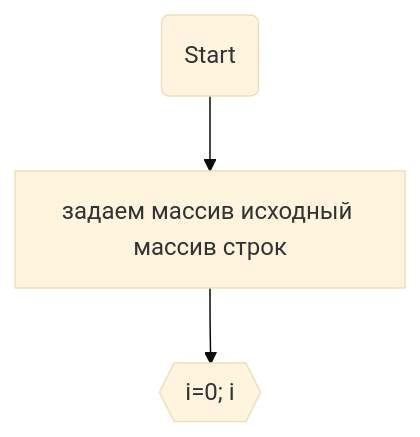
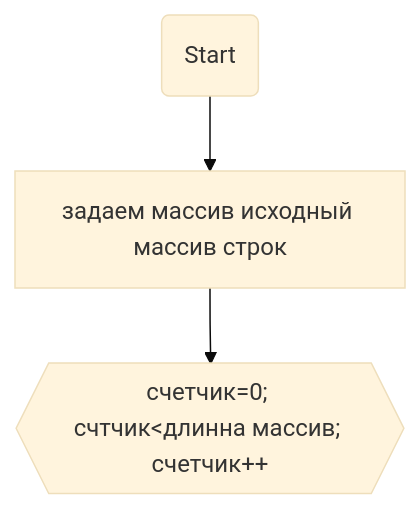
Before and after one commit to Adalberto777/FinalTestWork: the diagram in README.md, drawn with Mermaid (base theme).

Commit message:
block diagram

````diff
--- a/README.md
+++ b/README.md
@@ -14,4 +14,4 @@
 ```mermaid
   graph TB;       
-    node2(Start)  --> node1[задаем массив исходный массив строк] --> node9{{i=0; i<array.Lenght; i++}}
+    node2(Start)  --> node1[задаем массив исходный массив строк] --> node9{{счетчик=0; счтчик<длинна массив; счетчик++}}
 ```
````
